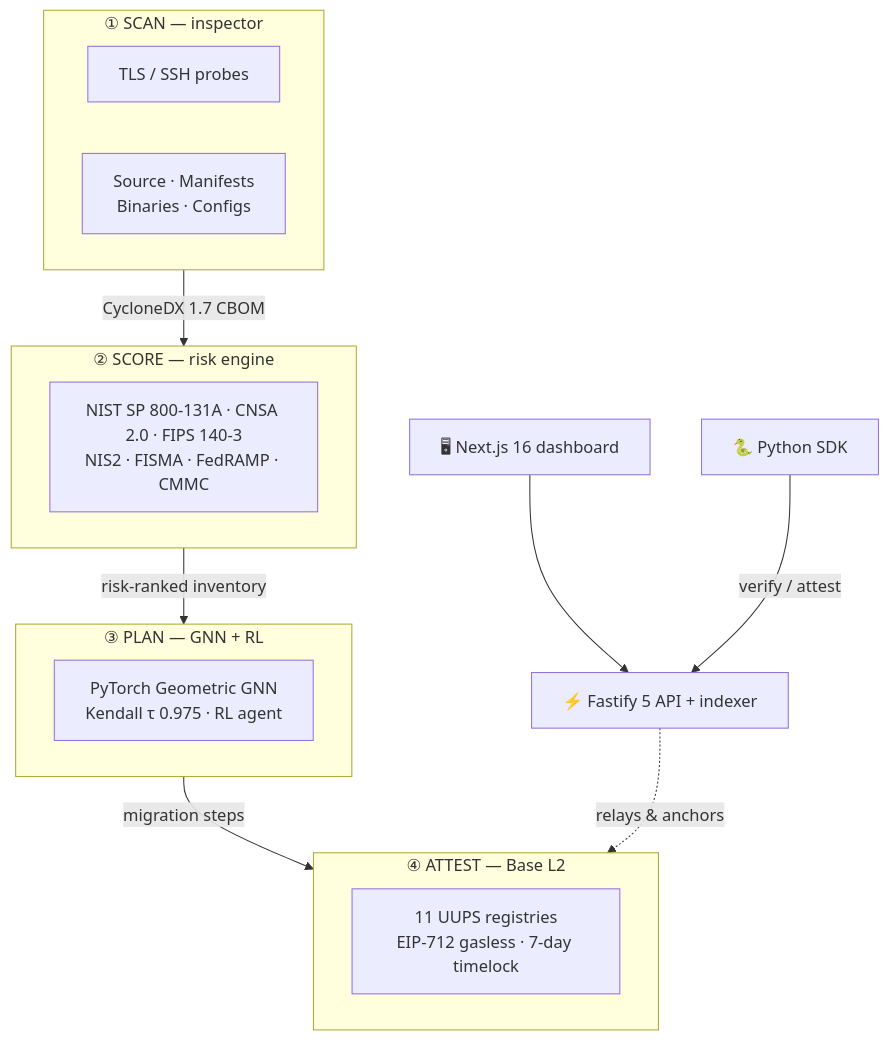
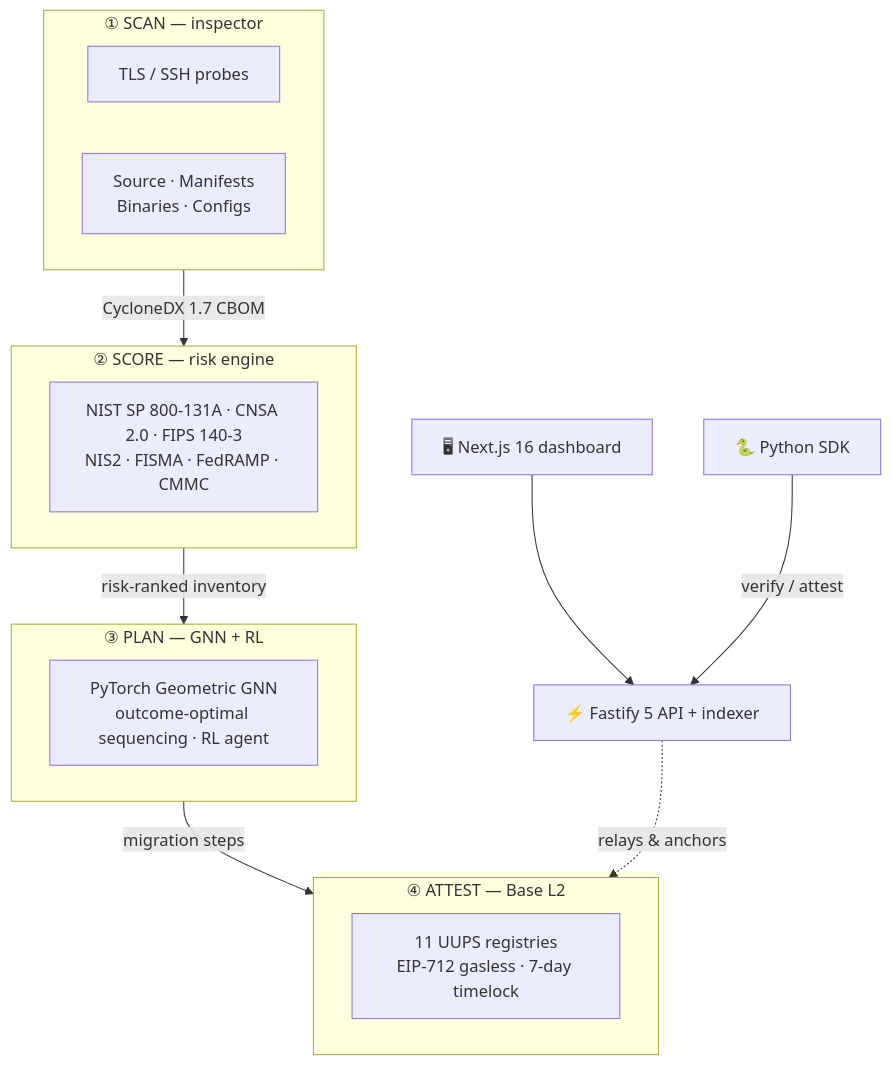
Before and after one commit to humoge7502/q-trust: the first of 4 diagrams in README.md, drawn with Mermaid. The commit also changed other lines of this file and 310 other files, not shown here.

````diff
--- a/README.md
+++ b/README.md
@@ -163,27 +174,27 @@
 ```mermaid
 flowchart TB
     subgraph SCAN["① SCAN — inspector"]
         direction LR
         tls["TLS / SSH probes"]
         src["Source · Manifests<br/>Binaries · Configs"]
     end
 
     subgraph SCORE["② SCORE — risk engine"]
         risk["NIST SP 800-131A · CNSA 2.0 · FIPS 140-3<br/>NIS2 · FISMA · FedRAMP · CMMC"]
     end
 
     subgraph PLAN["③ PLAN — GNN + RL"]
-        gnn["PyTorch Geometric GNN<br/>Kendall τ 0.975 · RL agent"]
+        gnn["PyTorch Geometric GNN<br/>outcome-optimal sequencing · RL agent"]
     end
 
     subgraph ATTEST["④ ATTEST — Base L2"]
         chain["11 UUPS registries<br/>EIP-712 gasless · 7-day timelock"]
     end
 
     SCAN -->|"CycloneDX 1.7 CBOM"| SCORE
     SCORE -->|"risk-ranked inventory"| PLAN
     PLAN -->|"migration steps"| ATTEST
     be["⚡ Fastify 5 API + indexer"] -.->|"relays & anchors"| ATTEST
     fe["🖥 Next.js 16 dashboard"] --> be
     sdk["🐍 Python SDK"] -->|"verify / attest"| be
 ```
````
